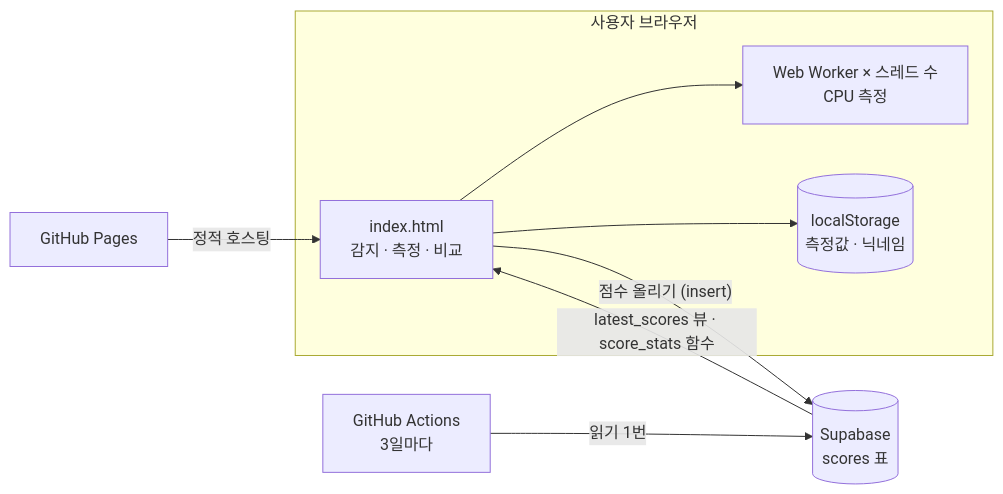
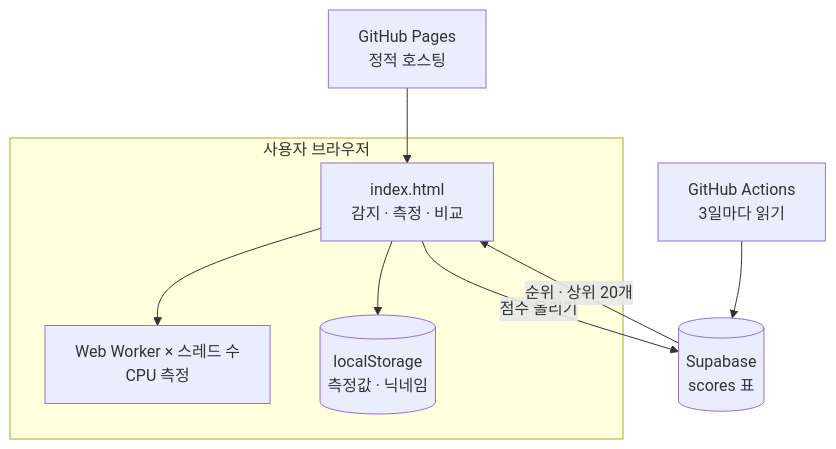
The diagram in README.md (jeiel85/laptop-spec-compare), drawn with Mermaid before and after one commit. The commit also changed other lines of this file, not shown here.

Commit message:
README: name the feature table columns, stack the diagram vertically
The headerless table rendered an empty header row, and the left-to-right
mermaid chart was too wide on GitHub (labels overlapped the zoom controls).

````diff
--- a/README.md
+++ b/README.md
@@ -72,11 +72,14 @@
 ```mermaid
-flowchart LR
+flowchart TB
+  GH["GitHub Pages<br/>정적 호스팅"] --> P
   subgraph Browser["사용자 브라우저"]
-    P["index.html<br/>감지 · 측정 · 비교"] --> W["Web Worker × 스레드 수<br/>CPU 측정"]
-    P --> L[("localStorage<br/>측정값 · 닉네임")]
+    P["index.html<br/>감지 · 측정 · 비교"]
+    W["Web Worker × 스레드 수<br/>CPU 측정"]
+    L[("localStorage<br/>측정값 · 닉네임")]
+    P --> W
+    P --> L
   end
-  P -- "점수 올리기 (insert)" --> S[("Supabase<br/>scores 표")]
-  S -- "latest_scores 뷰 · score_stats 함수" --> P
-  GA["GitHub Actions<br/>3일마다"] -- "읽기 1번" --> S
-  GH["GitHub Pages"] -- "정적 호스팅" --> P
+  P -- "점수 올리기" --> S[("Supabase<br/>scores 표")]
+  S -- "순위 · 상위 20개" --> P
+  GA["GitHub Actions<br/>3일마다 읽기"] --> S
 ```
````
